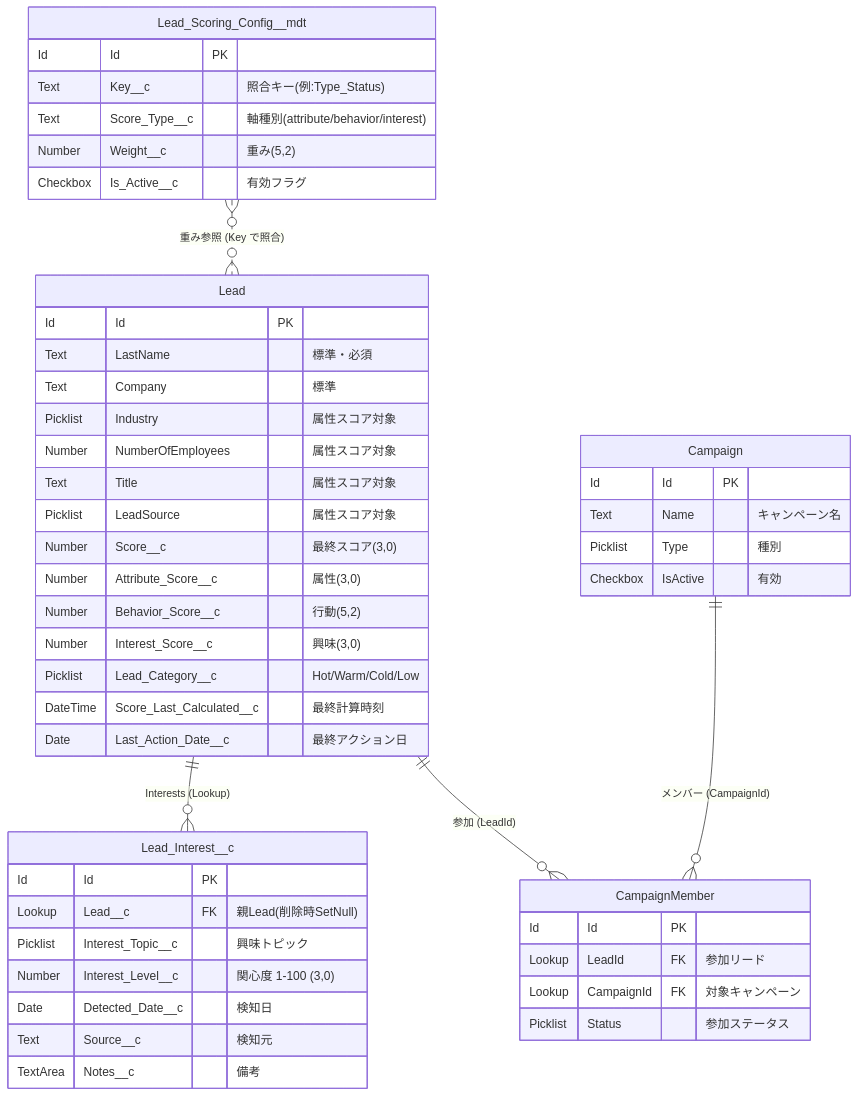
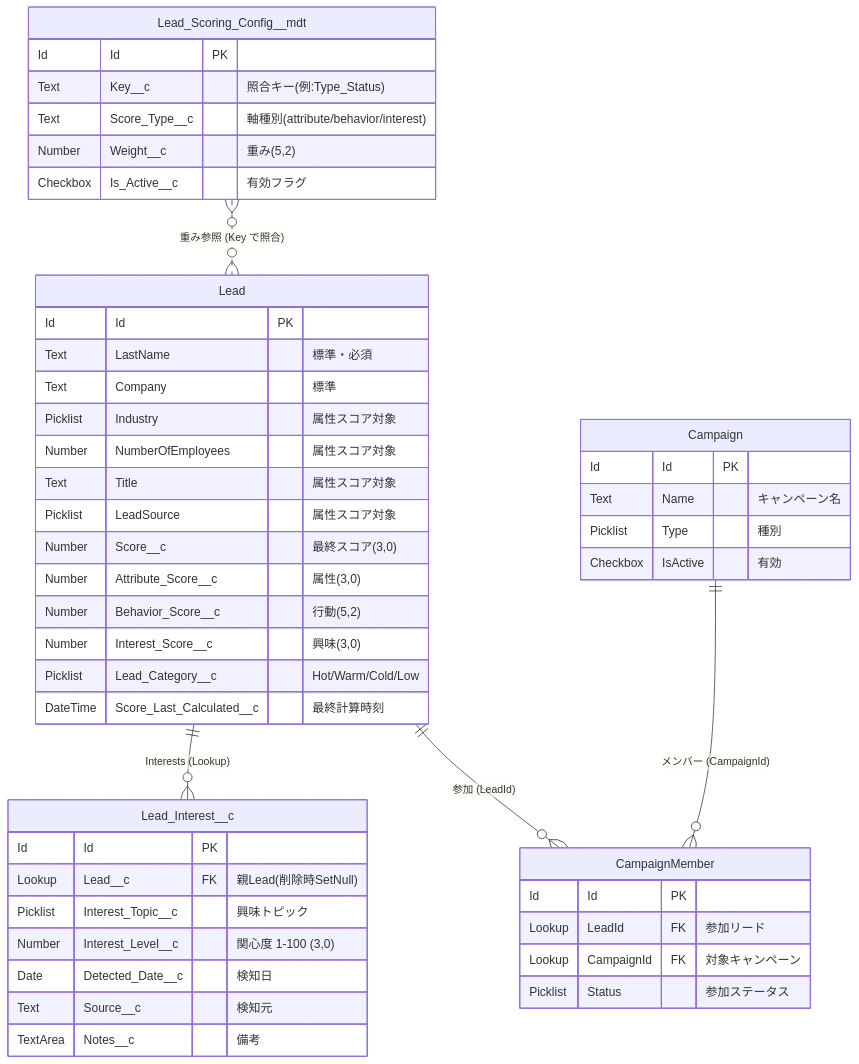
One commit to fujiwayayoshiki2001/sf-ai-development-2026 changed the first of 9 diagrams in docs/design-diagrams.md. Above: the diagram before and after it, drawn with Mermaid. The commit also changed other lines of this file and 21 other files, not shown here.

````diff
--- a/docs/design-diagrams.md
+++ b/docs/design-diagrams.md
@@ -54,56 +54,55 @@
 ```mermaid
 erDiagram
     Lead ||--o{ Lead_Interest__c : "Interests (Lookup)"
     Lead ||--o{ CampaignMember : "参加 (LeadId)"
     Campaign ||--o{ CampaignMember : "メンバー (CampaignId)"
     Lead_Scoring_Config__mdt }o..o{ Lead : "重み参照 (Key で照合)"
 
     Lead {
         Id Id PK
         Text LastName "標準・必須"
         Text Company "標準"
         Picklist Industry "属性スコア対象"
         Number NumberOfEmployees "属性スコア対象"
         Text Title "属性スコア対象"
         Picklist LeadSource "属性スコア対象"
         Number Score__c "最終スコア(3,0)"
         Number Attribute_Score__c "属性(3,0)"
         Number Behavior_Score__c "行動(5,2)"
         Number Interest_Score__c "興味(3,0)"
         Picklist Lead_Category__c "Hot/Warm/Cold/Low"
         DateTime Score_Last_Calculated__c "最終計算時刻"
-        Date Last_Action_Date__c "最終アクション日"
     }
 
     Lead_Interest__c {
         Id Id PK
         Lookup Lead__c FK "親Lead(削除時SetNull)"
         Picklist Interest_Topic__c "興味トピック"
         Number Interest_Level__c "関心度 1-100 (3,0)"
         Date Detected_Date__c "検知日"
         Text Source__c "検知元"
         TextArea Notes__c "備考"
     }
 
     CampaignMember {
         Id Id PK
         Lookup LeadId FK "参加リード"
         Lookup CampaignId FK "対象キャンペーン"
         Picklist Status "参加ステータス"
     }
 
     Campaign {
         Id Id PK
         Text Name "キャンペーン名"
         Picklist Type "種別"
         Checkbox IsActive "有効"
     }
 
     Lead_Scoring_Config__mdt {
         Id Id PK
         Text Key__c "照合キー(例:Type_Status)"
         Text Score_Type__c "軸種別(attribute/behavior/interest)"
         Number Weight__c "重み(5,2)"
         Checkbox Is_Active__c "有効フラグ"
     }
 ```
````
